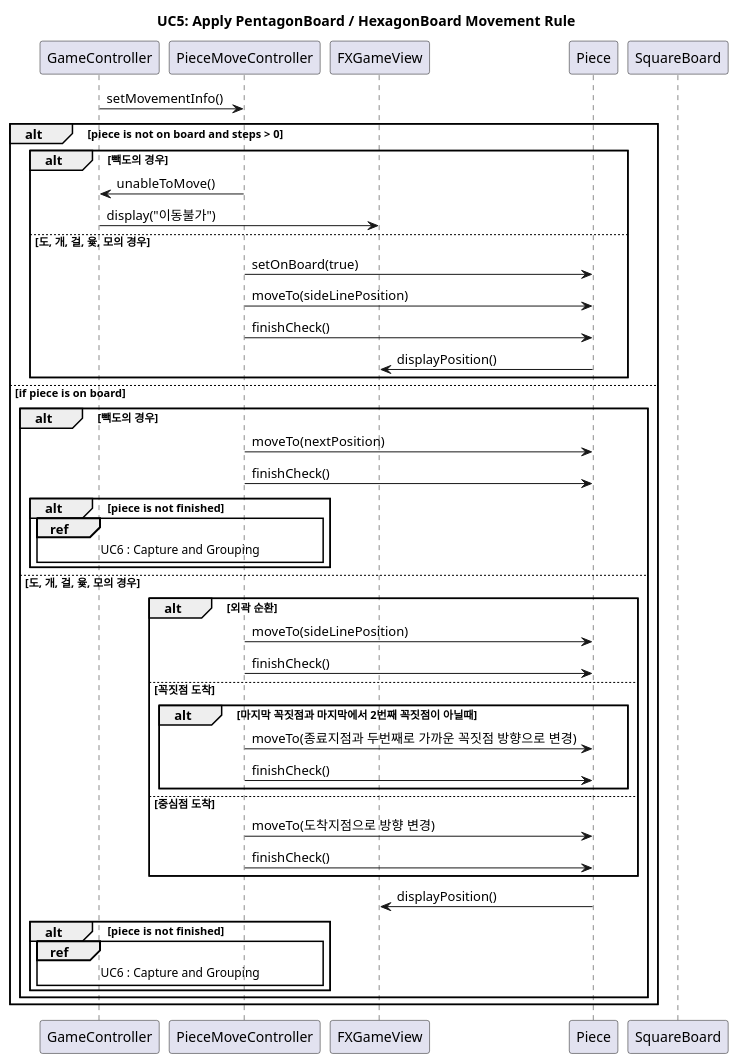
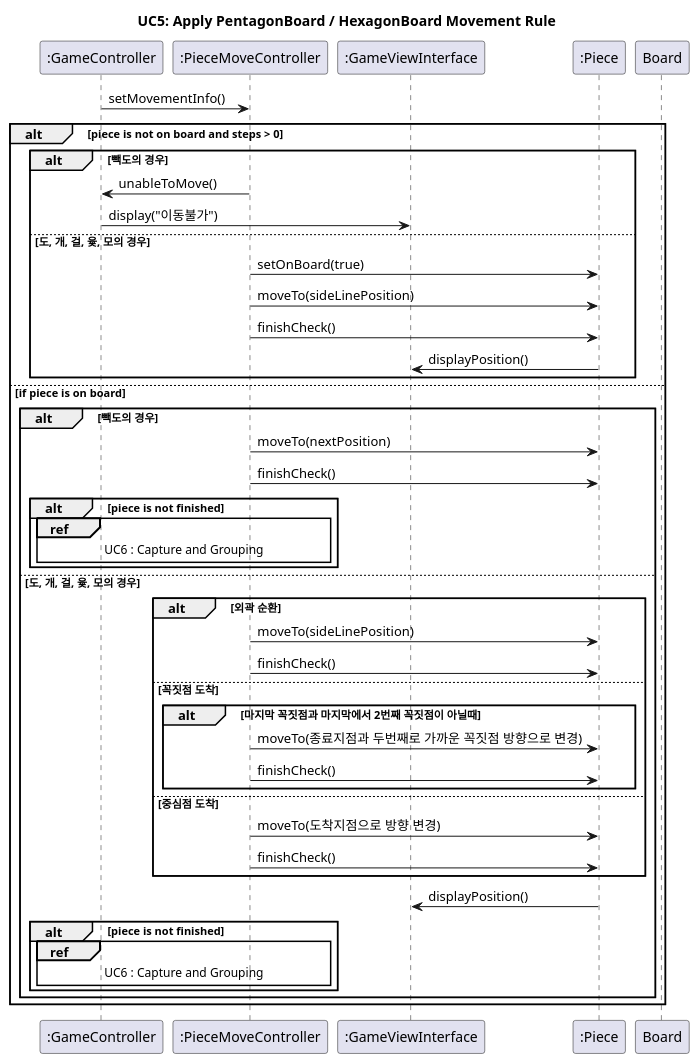
Before and after one commit to jack0928/SE-Term-Project-2025: the diagram in UC5.puml, drawn with PlantUML. The commit also changed 11 other files, not shown here.

Commit message:
docs: sequence diagram minor changed fixed and annotations have been added

```diff
--- a/UC5.puml
+++ b/UC5.puml
@@ -1,56 +1,58 @@
 @startuml
 title UC5: Apply PentagonBoard / HexagonBoard Movement Rule
 
 
-participant GameController
-participant PieceMoveController
-participant FXGameView
-participant Piece
-participant SquareBoard
+participant ":GameController" as GameController
+participant ":PieceMoveController" as PieceMoveController
+participant ":GameViewInterface" as GameViewInterface
+participant ":Piece" as Piece
+participant Board as Board
+
+' 여기도 마찬가지, Board가 딱히 쓰이지 않음. 이것도 재검토 필요.
 
 
 GameController -> PieceMoveController : setMovementInfo()
 
 alt piece is not on board and steps > 0
 	alt 빽도의 경우
     	PieceMoveController -> GameController : unableToMove()
-    	GameController -> FXGameView : display("이동불가")
+    	GameController -> GameViewInterface : display("이동불가")
     else 도, 개, 걸, 윷, 모의 경우
     	PieceMoveController -> Piece : setOnBoard(true)
         PieceMoveController -> Piece : moveTo(sideLinePosition)
         PieceMoveController -> Piece : finishCheck()
-        Piece -> FXGameView : displayPosition()
+        Piece -> GameViewInterface : displayPosition()
     end alt
 
 else if piece is on board
     alt 빽도의 경우
             PieceMoveController -> Piece : moveTo(nextPosition)
             PieceMoveController -> Piece : finishCheck()
             alt piece is not finished
                 ref over GameController, PieceMoveController
                 	UC6 : Capture and Grouping
                 end ref
             end
     else 도, 개, 걸, 윷, 모의 경우
     	alt 외곽 순환
         	PieceMoveController -> Piece : moveTo(sideLinePosition)
         	PieceMoveController -> Piece : finishCheck()
         else 꼭짓점 도착
         	alt 마지막 꼭짓점과 마지막에서 2번째 꼭짓점이 아닐때
         		PieceMoveController -> Piece : moveTo(종료지점과 두번째로 가까운 꼭짓점 방향으로 변경)
         		PieceMoveController -> Piece : finishCheck()
         	end alt
        	else 중심점 도착
        		PieceMoveController -> Piece : moveTo(도착지점으로 방향 변경)
        		PieceMoveController -> Piece : finishCheck()
         end alt
-        Piece -> FXGameView : displayPosition()
+        Piece -> GameViewInterface : displayPosition()
         alt piece is not finished
             ref over GameController, PieceMoveController
             	UC6 : Capture and Grouping
             end ref
         end
     end
 end
 
 @enduml
```
